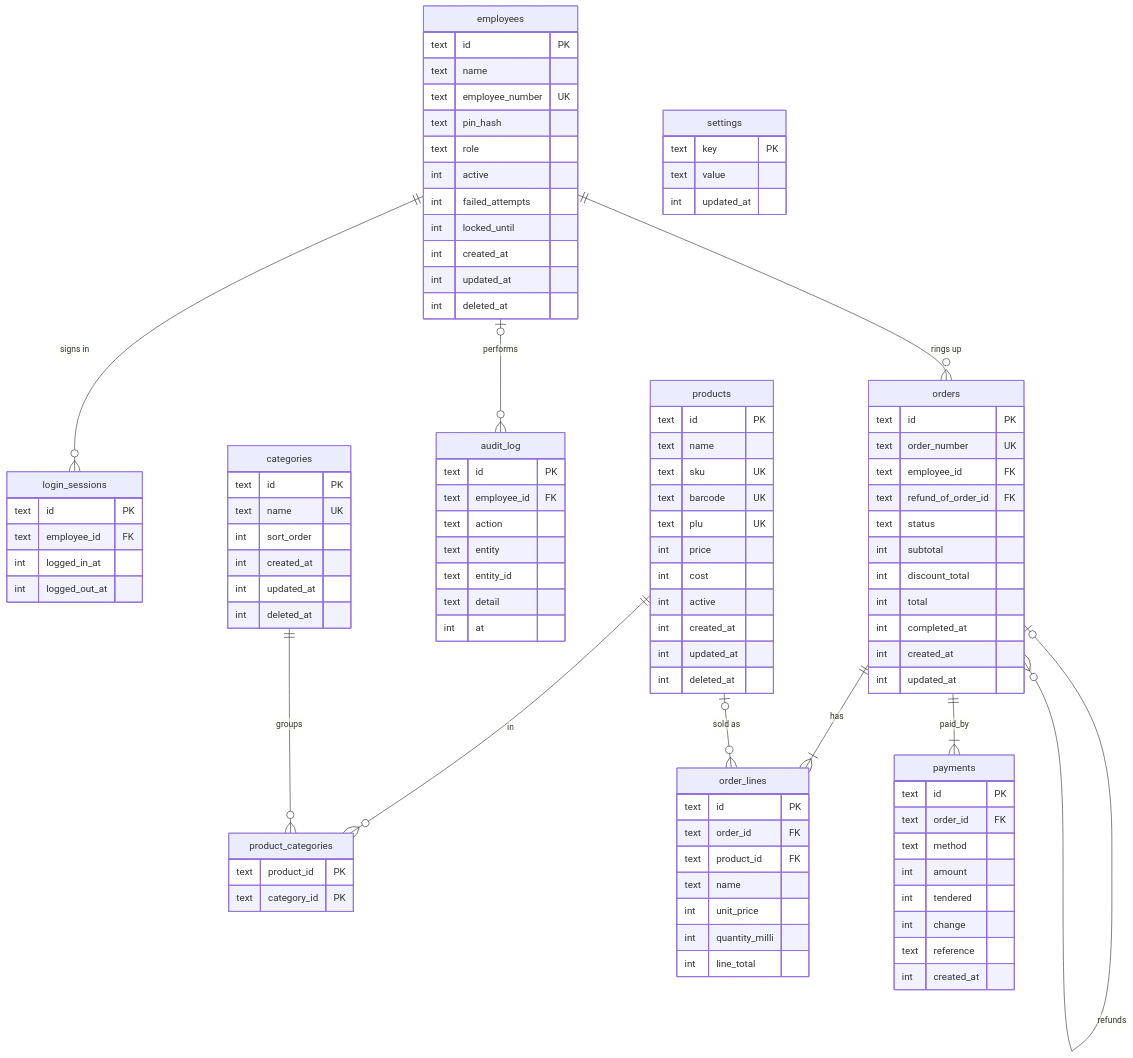
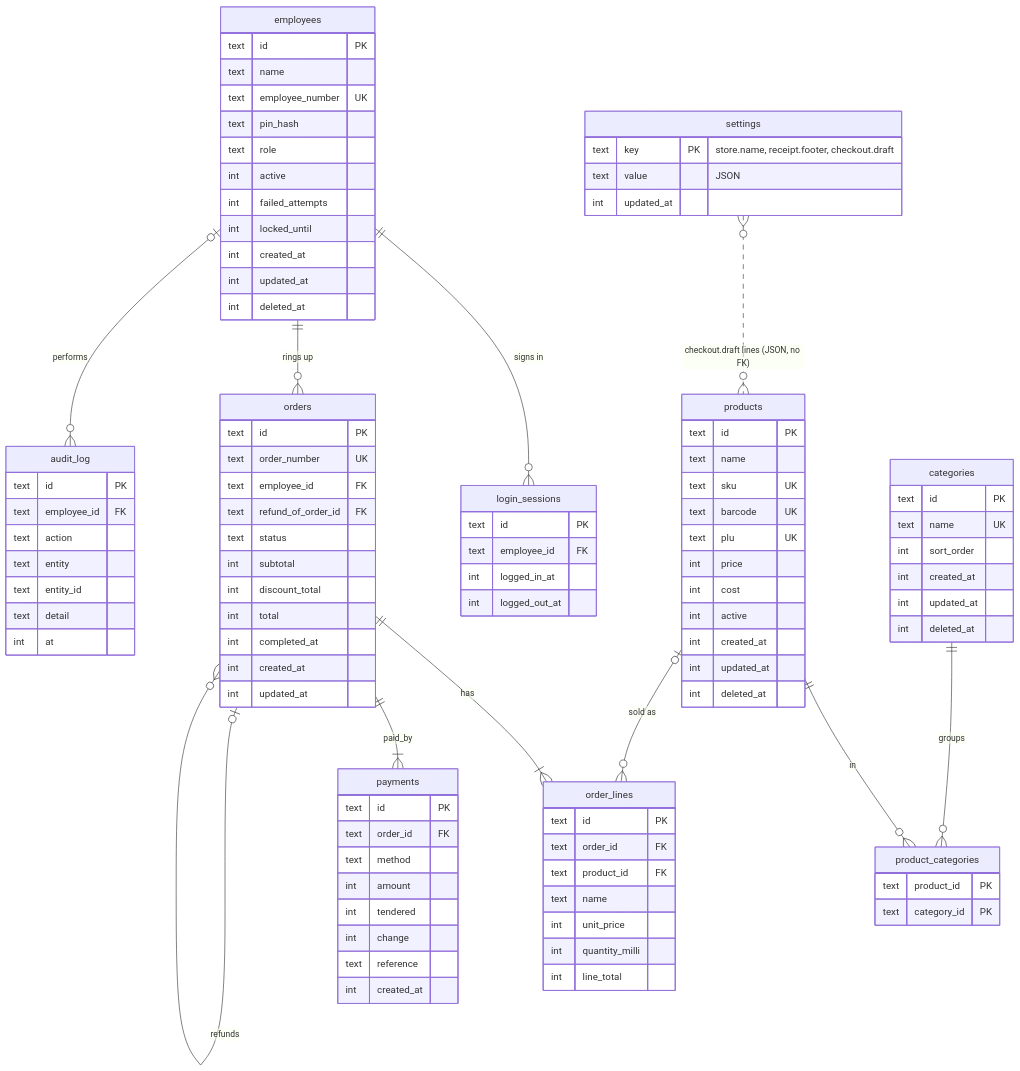
Before and after one commit to Joseph-013/MicroPOS-monorepo: the diagram in docs/erd.mmd, drawn with Mermaid. The commit also changed 84 other files, not shown here.

```diff
--- a/docs/erd.mmd
+++ b/docs/erd.mmd
@@ -1,101 +1,102 @@
 erDiagram
     employees ||--o{ login_sessions : "signs in"
     employees ||--o{ orders : "rings up"
     employees |o--o{ audit_log : "performs"
+    settings }o..o{ products : "checkout.draft lines (JSON, no FK)"
     products ||--o{ product_categories : "in"
     categories ||--o{ product_categories : "groups"
     orders ||--|{ order_lines : "has"
     products |o--o{ order_lines : "sold as"
     orders ||--|{ payments : "paid_by"
     orders |o--o{ orders : "refunds"
 
     employees {
         text id PK
         text name
         text employee_number UK
         text pin_hash
         text role
         int active
         int failed_attempts
         int locked_until
         int created_at
         int updated_at
         int deleted_at
     }
     login_sessions {
         text id PK
         text employee_id FK
         int logged_in_at
         int logged_out_at
     }
     audit_log {
         text id PK
         text employee_id FK
         text action
         text entity
         text entity_id
         text detail
         int at
     }
     categories {
         text id PK
         text name UK
         int sort_order
         int created_at
         int updated_at
         int deleted_at
     }
     product_categories {
         text product_id PK
         text category_id PK
     }
     products {
         text id PK
         text name
         text sku UK
         text barcode UK
         text plu UK
         int price
         int cost
         int active
         int created_at
         int updated_at
         int deleted_at
     }
     orders {
         text id PK
         text order_number UK
         text employee_id FK
         text refund_of_order_id FK
         text status
         int subtotal
         int discount_total
         int total
         int completed_at
         int created_at
         int updated_at
     }
     order_lines {
         text id PK
         text order_id FK
         text product_id FK
         text name
         int unit_price
         int quantity_milli
         int line_total
     }
     payments {
         text id PK
         text order_id FK
         text method
         int amount
         int tendered
         int change
         text reference
         int created_at
     }
     settings {
-        text key PK
-        text value
+        text key PK "store.name, receipt.footer, checkout.draft"
+        text value "JSON"
         int updated_at
     }
```
